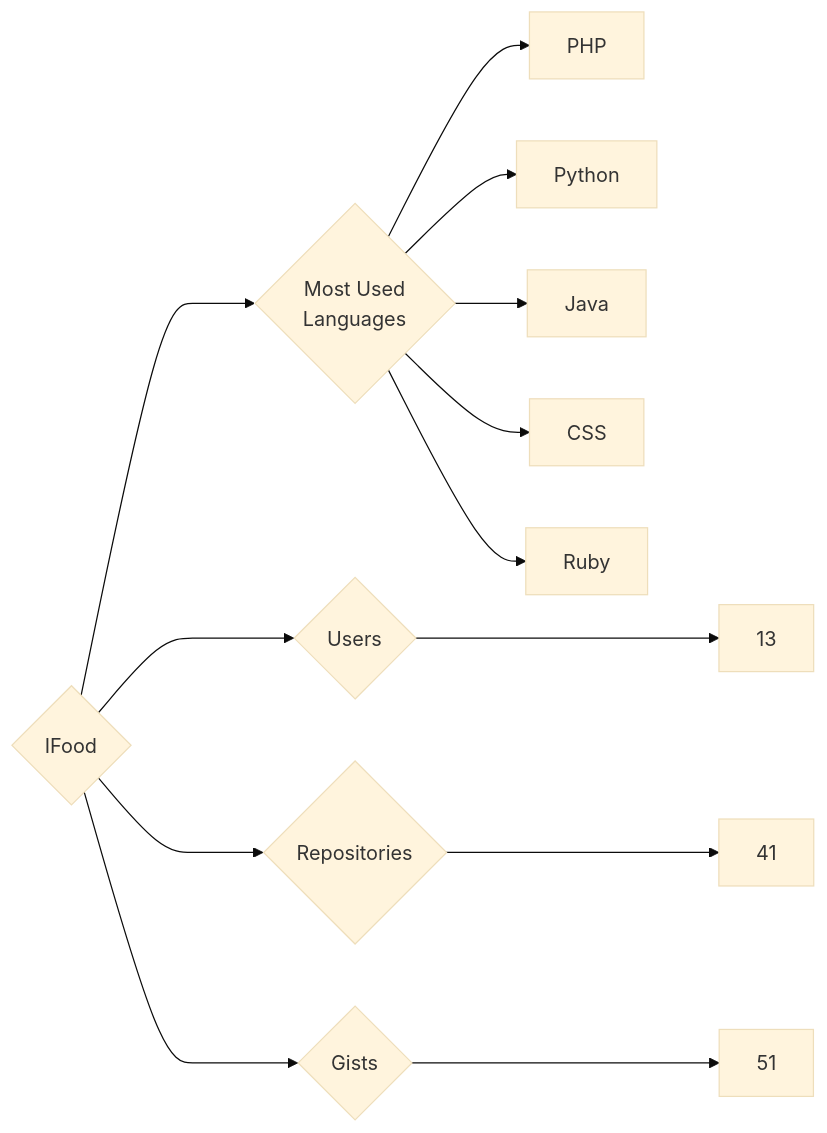
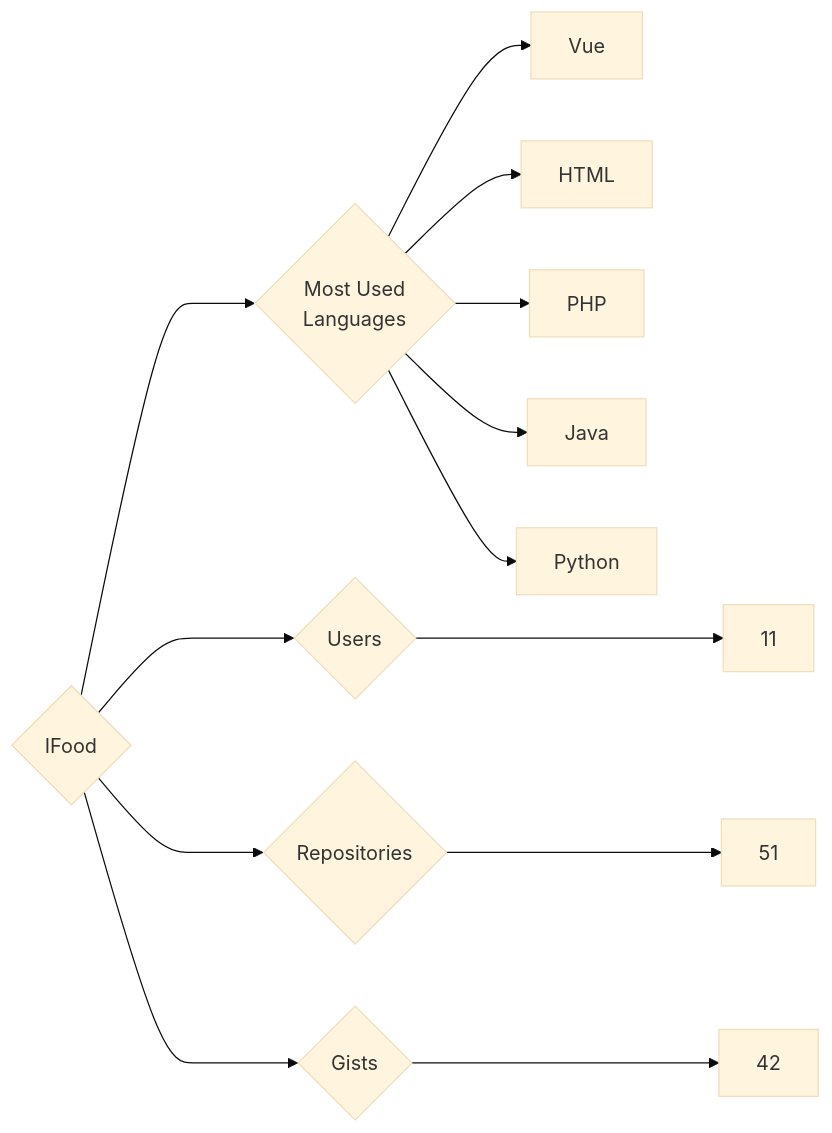
One commit to trickest/insiders changed the diagram in targets/IFood/README.md. Above: the diagram before and after it, drawn with Mermaid (base theme). The commit also changed 933 other files, not shown here.

````diff
--- a/targets/IFood/README.md
+++ b/targets/IFood/README.md
@@ -3,13 +3,13 @@
 ```mermaid
 graph LR
 COMPANY_NAME{IFood}
-COMPANY_NAME ---> U{Users} ---> UN[13]
-COMPANY_NAME ---> R{Repositories} ---> RN[41]
-COMPANY_NAME ---> G{Gists} ---> GN[51]
+COMPANY_NAME ---> U{Users} ---> UN[11]
+COMPANY_NAME ---> R{Repositories} ---> RN[51]
+COMPANY_NAME ---> G{Gists} ---> GN[42]
 COMPANY_NAME ---> ML{Most Used<br>Languages}
+ML --> Vue[Vue]
+ML --> HTML[HTML]
 ML --> PHP[PHP]
+ML --> Java[Java]
 ML --> Python[Python]
-ML --> Java[Java]
-ML --> CSS[CSS]
-ML --> Ruby[Ruby]
 ```
````
